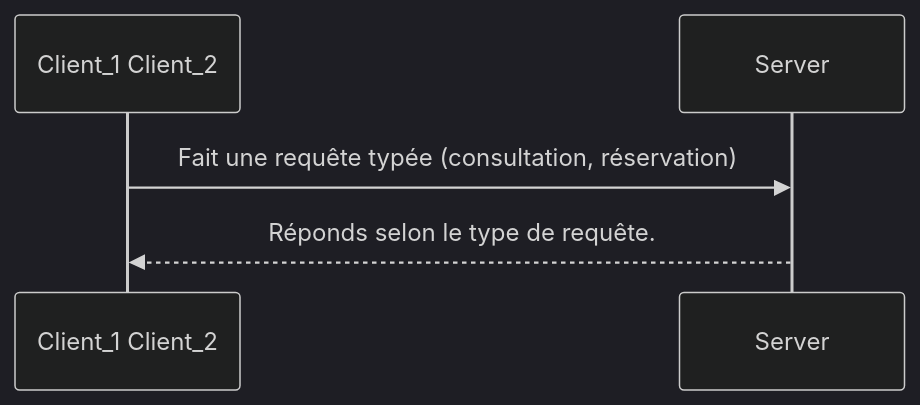
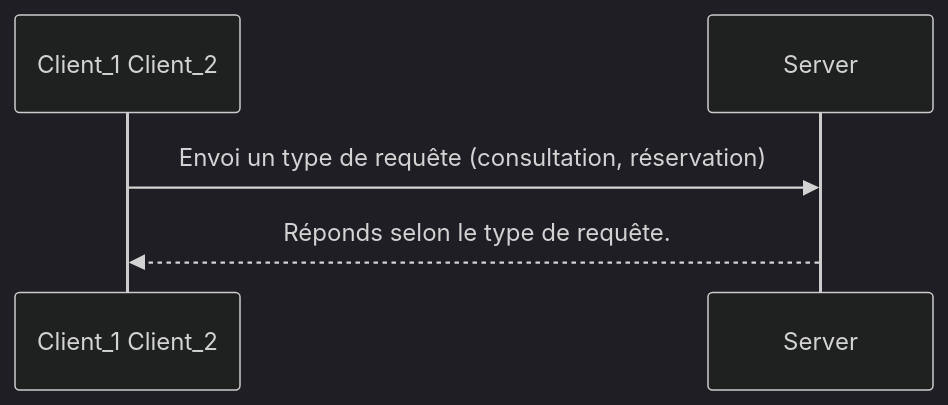
The first of 3 diagrams in README.md (laize-loucia/movie_booking), drawn with Mermaid (dark theme) before and after one commit.

````diff
--- a/README.md
+++ b/README.md
@@ -5,6 +5,6 @@
 ```mermaid
 sequenceDiagram
 
-    Client_1 Client_2->>Server: Fait une requête typée (consultation, réservation)
+    Client_1 Client_2->>Server: Envoi un type de requête (consultation, réservation)
     Server-->>Client_1 Client_2: Réponds selon le type de requête.
 ```
````
